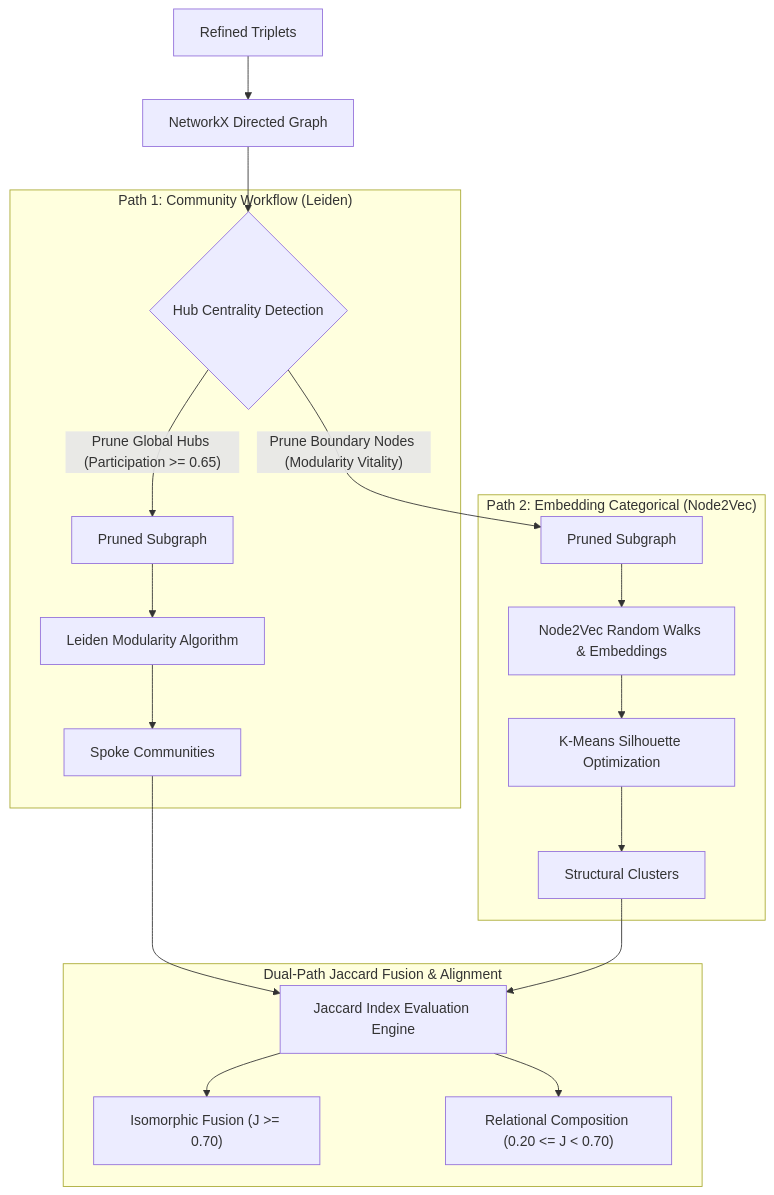
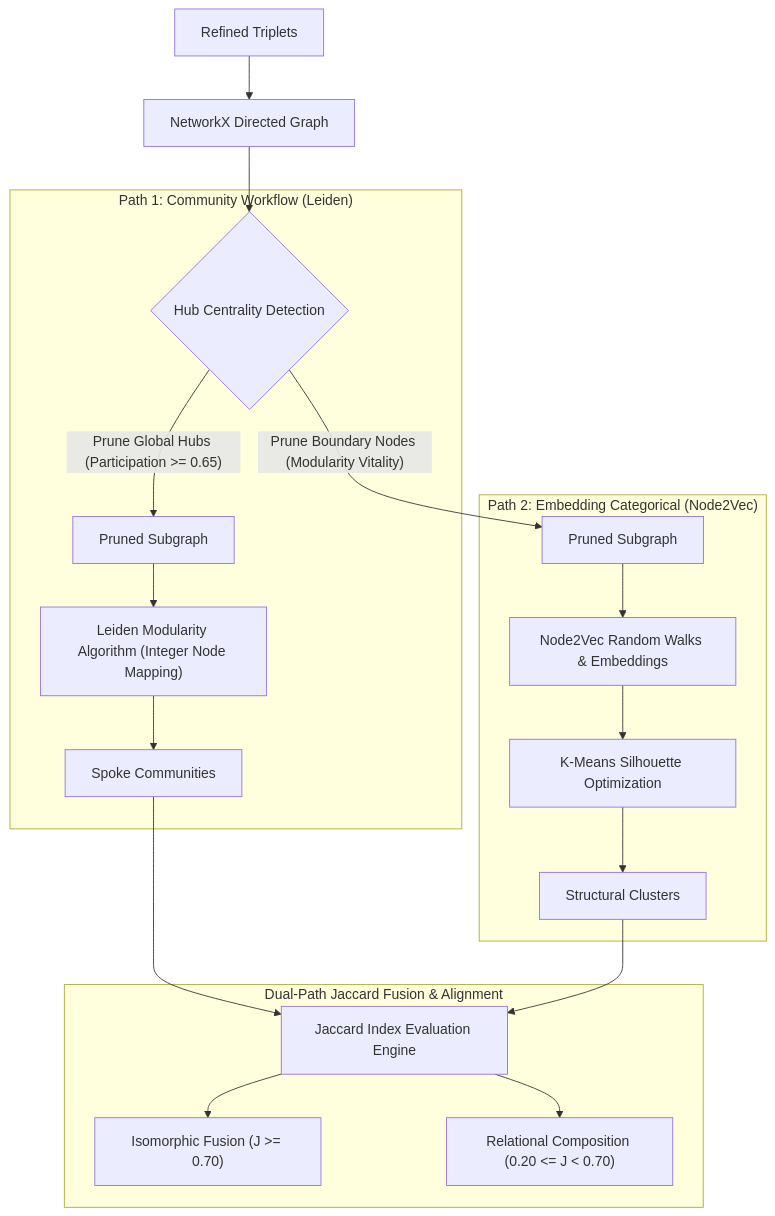
One commit to childmindresearch/SemanticPrism changed the second of 3 diagrams in README.md. Above: the diagram before and after it, drawn with Mermaid. The commit also changed other lines of this file and 11 other files, not shown here.

````diff
--- a/README.md
+++ b/README.md
@@ -73,25 +97,25 @@
 ```mermaid
 graph TD
     Triplets["Refined Triplets"] --> Graph["NetworkX Directed Graph"]
     Graph --> HubDetect{"Hub Centrality Detection"}
     
     subgraph path1 ["Path 1: Community Workflow (Leiden)"]
         HubDetect -->|"Prune Global Hubs (Participation >= 0.65)"| GraphPruned1["Pruned Subgraph"]
-        GraphPruned1 --> Leiden["Leiden Modularity Algorithm"]
+        GraphPruned1 --> Leiden["Leiden Modularity Algorithm (Integer Node Mapping)"]
         Leiden --> CommPart["Spoke Communities"]
     end
 
     subgraph path2 ["Path 2: Embedding Categorical (Node2Vec)"]
         HubDetect -->|"Prune Boundary Nodes (Modularity Vitality)"| GraphPruned2["Pruned Subgraph"]
         GraphPruned2 --> Node2Vec["Node2Vec Random Walks & Embeddings"]
         Node2Vec --> KMeans["K-Means Silhouette Optimization"]
         KMeans --> StructPart["Structural Clusters"]
     end
 
     subgraph fusion_module ["Dual-Path Jaccard Fusion & Alignment"]
         CommPart --> JaccardEngine["Jaccard Index Evaluation Engine"]
         StructPart --> JaccardEngine
         JaccardEngine --> IsoFusion["Isomorphic Fusion (J >= 0.70)"]
         JaccardEngine --> RelComp["Relational Composition (0.20 <= J < 0.70)"]
     end
 ```
````
